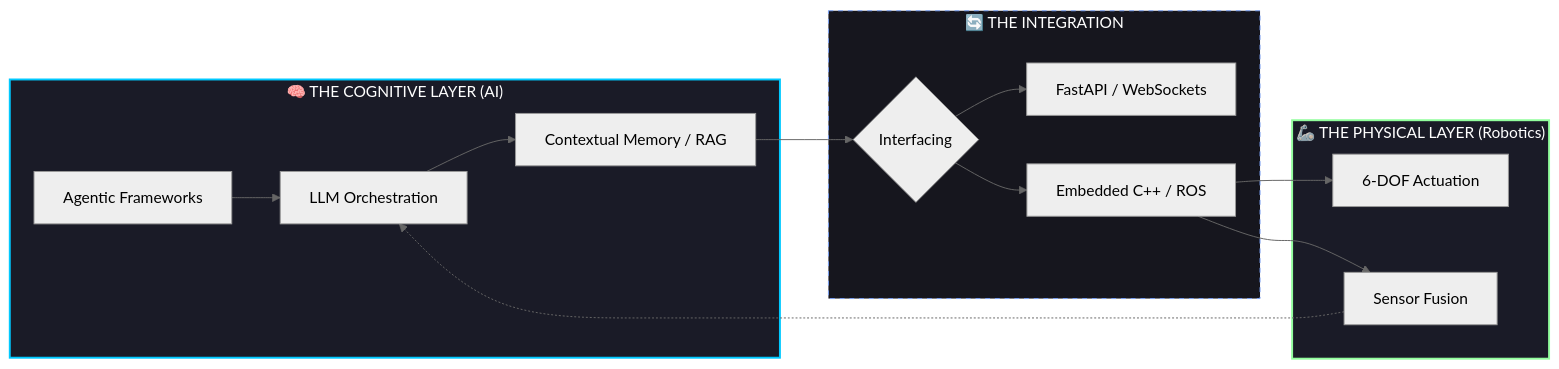
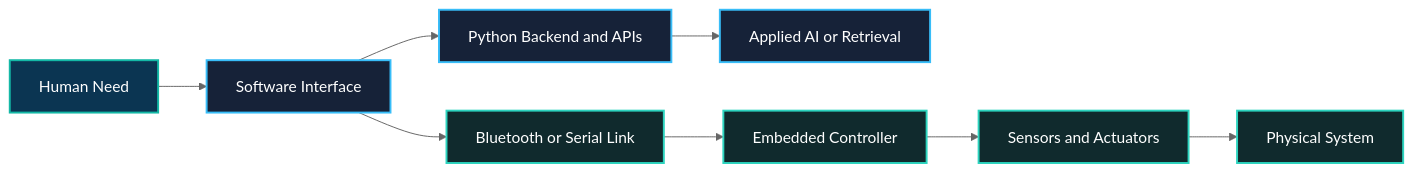
One commit to abdulwahidchohan/abdulwahidchohan changed the diagram in README.md. Above: the diagram before and after it, drawn with Mermaid (neutral theme). The commit also changed other lines of this file, not shown here.

````diff
--- a/README.md
+++ b/README.md
@@ -112,23 +64,17 @@
 ```mermaid
-graph LR
-    subgraph Brains ["🧠 THE COGNITIVE LAYER (AI)"]
-        A[Agentic Frameworks] --> B[LLM Orchestration]
-        B --> C[Contextual Memory / RAG]
-    end
-    
-    subgraph Bridge ["🔄 THE INTEGRATION"]
-        C --> D{Interfacing}
-        D --> E[FastAPI / WebSockets]
-        D --> F[Embedded C++ / ROS]
-    end
-    
-    subgraph Body ["🦾 THE PHYSICAL LAYER (Robotics)"]
-        F --> G[6-DOF Actuation]
-        F --> H[Sensor Fusion]
-        H -.-> B
-    end
+flowchart LR
+    A[Human Need] --> B[Software Interface]
+    B --> C[Python Backend and APIs]
+    C --> D[Applied AI or Retrieval]
+    B --> E[Bluetooth or Serial Link]
+    E --> F[Embedded Controller]
+    F --> G[Sensors and Actuators]
+    G --> H[Physical System]
 
-    style Brains fill:#1a1b27,stroke:#00C9FF,stroke-width:2px,color:#fff
-    style Body fill:#1a1b27,stroke:#92FE9D,stroke-width:2px,color:#fff
-    style Bridge fill:#16161e,stroke:#7aa2f7,stroke-dasharray: 5 5,color:#fff
+    classDef input fill:#0B3552,color:#fff,stroke:#14B8A6,stroke-width:2px;
+    classDef software fill:#162238,color:#fff,stroke:#38BDF8,stroke-width:2px;
+    classDef hardware fill:#102A2D,color:#fff,stroke:#2DD4BF,stroke-width:2px;
+    class A input;
+    class B,C,D software;
+    class E,F,G,H hardware;
 ```
````
